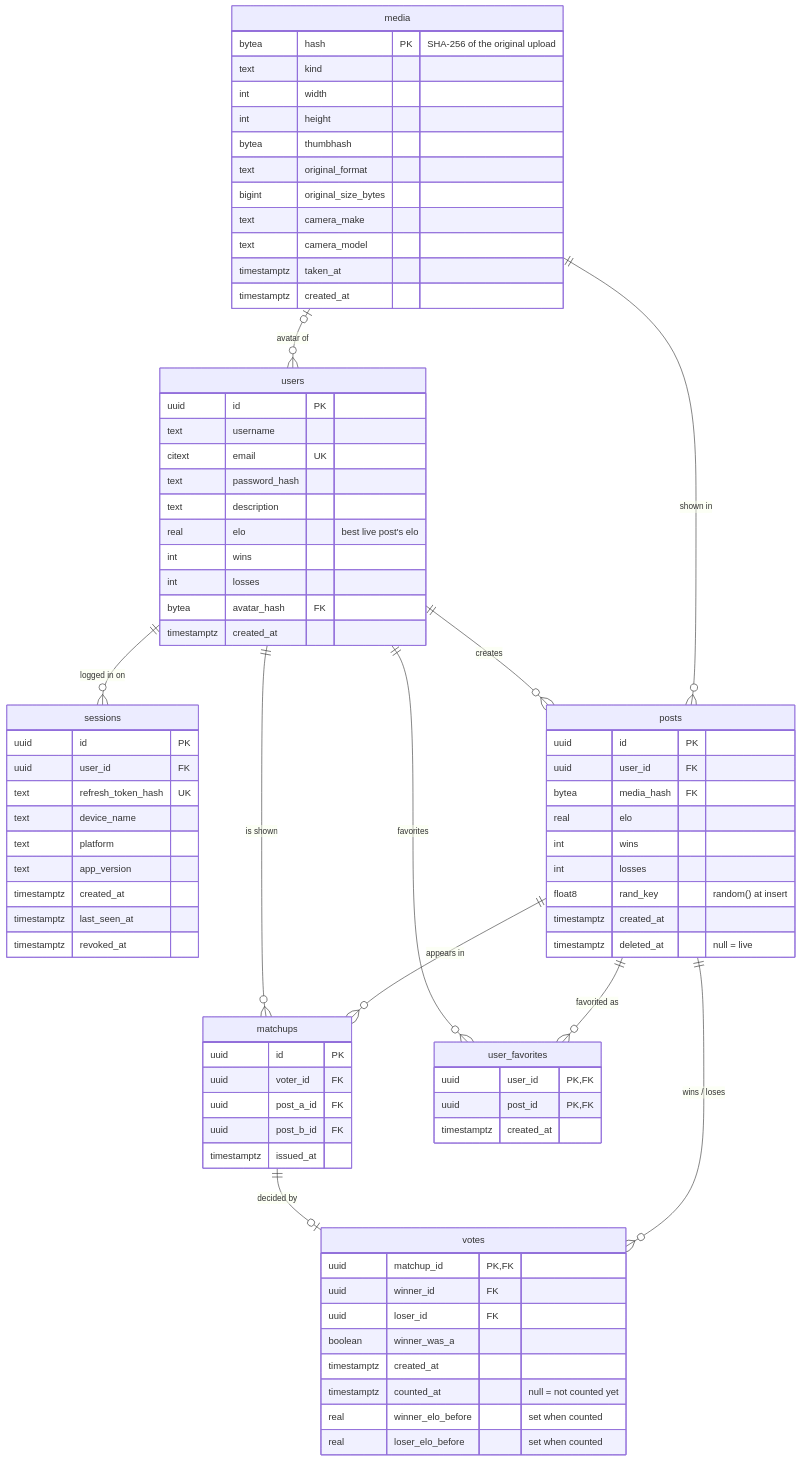
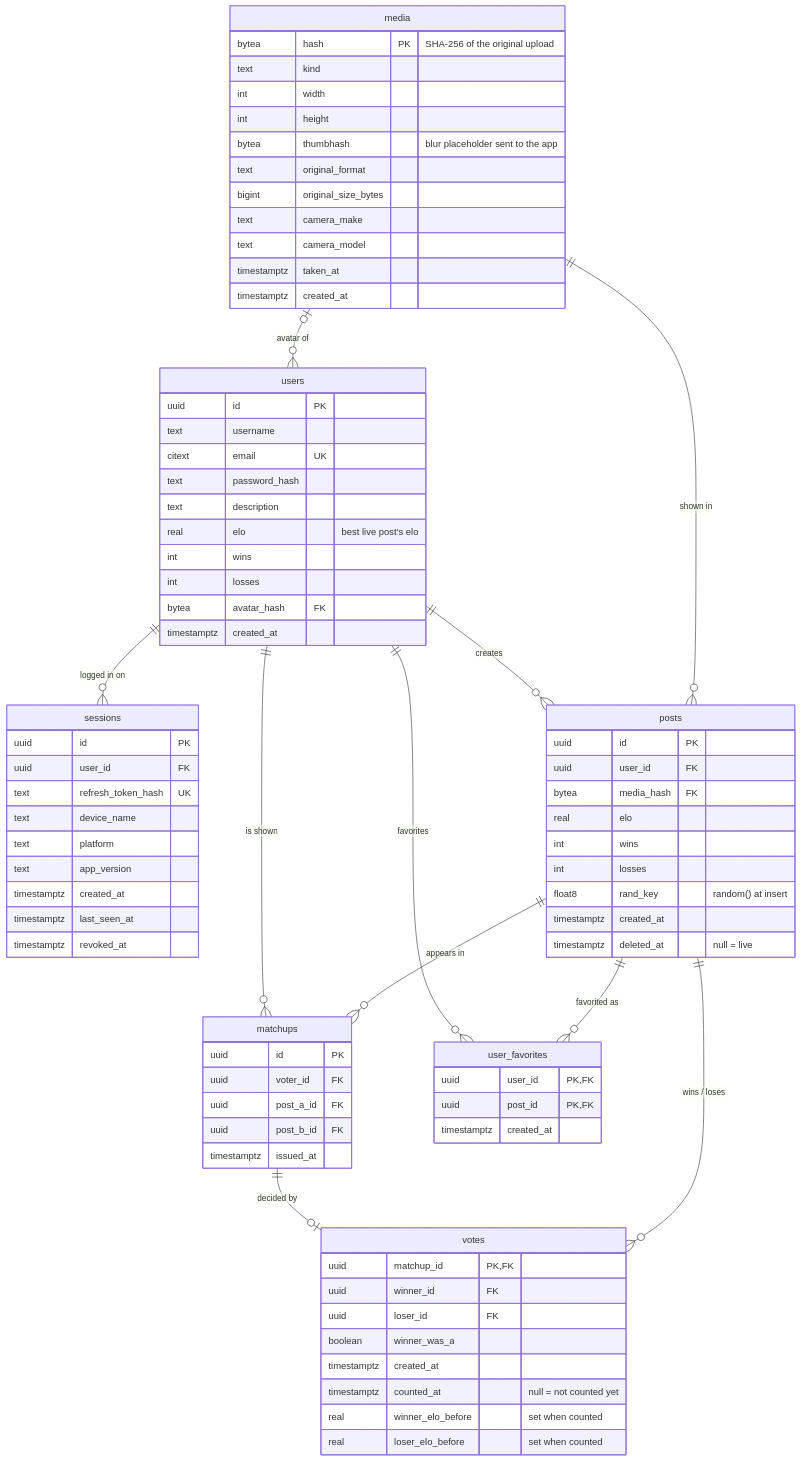
The diagram in DatabaseDiagram.md (Aarhus-tech-project/2026q4-h5-projektstyring-og-app-programmering-group-2), drawn with Mermaid before and after one commit. The commit also changed 9 other files, not shown here.

```diff
--- a/DatabaseDiagram.md
+++ b/DatabaseDiagram.md
@@ -28,7 +28,7 @@
         text kind
         int width
         int height
-        bytea thumbhash
+        bytea thumbhash "blur placeholder sent to the app"
         text original_format
         bigint original_size_bytes
         text camera_make
```
